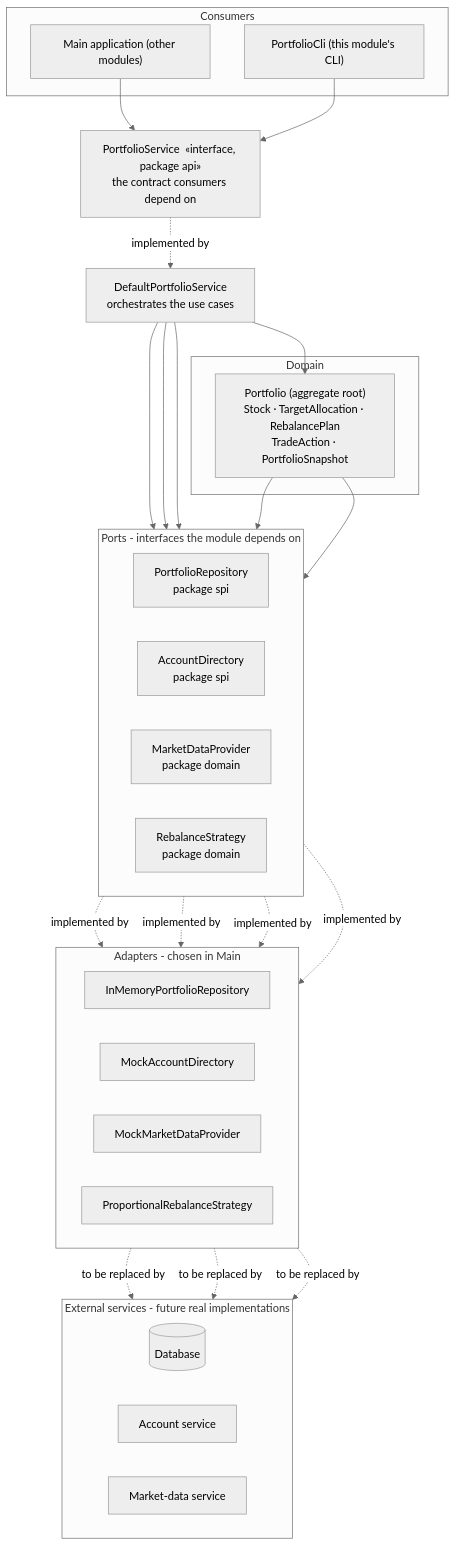
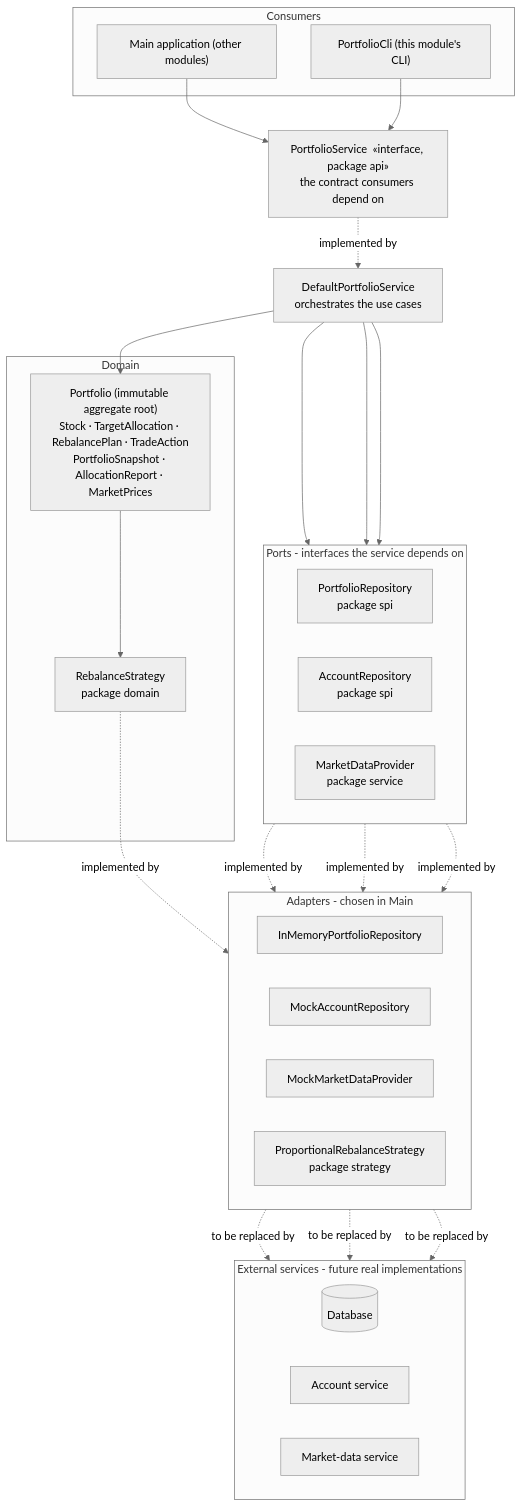
One commit to carlos-vegamu/PortfolioManagement changed the first of 5 diagrams in docs/ARCHITECTURE.md. Above: the diagram before and after it, drawn with Mermaid (neutral theme). The commit also changed other lines of this file and 33 other files, not shown here.

````diff
--- a/docs/ARCHITECTURE.md
+++ b/docs/ARCHITECTURE.md
@@ -22,56 +23,55 @@
 ```mermaid
 flowchart TB
     subgraph consumers["Consumers"]
         APP["Main application (other modules)"]
         CLI["PortfolioCli (this module's CLI)"]
     end
 
     API["PortfolioService  «interface, package api»<br/>the contract consumers depend on"]
     SVC["DefaultPortfolioService<br/>orchestrates the use cases"]
 
     subgraph domain["Domain"]
-        PF["Portfolio (aggregate root)<br/>Stock · TargetAllocation · RebalancePlan<br/>TradeAction · PortfolioSnapshot"]
+        PF["Portfolio (immutable aggregate root)<br/>Stock · TargetAllocation · RebalancePlan · TradeAction<br/>PortfolioSnapshot · AllocationReport · MarketPrices"]
+        RS["RebalanceStrategy<br/>package domain"]
     end
 
-    subgraph ports["Ports - interfaces the module depends on"]
+    subgraph ports["Ports - interfaces the service depends on"]
         direction LR
         REPO["PortfolioRepository<br/>package spi"]
-        ACC["AccountDirectory<br/>package spi"]
-        MDP["MarketDataProvider<br/>package domain"]
-        RS["RebalanceStrategy<br/>package domain"]
+        ACC["AccountRepository<br/>package spi"]
+        MDP["MarketDataProvider<br/>package service"]
     end
 
     subgraph adapters["Adapters - chosen in Main"]
         direction LR
         MEM["InMemoryPortfolioRepository"]
-        MOCKACC["MockAccountDirectory"]
+        MOCKACC["MockAccountRepository"]
         MOCKMKT["MockMarketDataProvider"]
-        PRS["ProportionalRebalanceStrategy"]
+        PRS["ProportionalRebalanceStrategy<br/>package strategy"]
     end
 
     subgraph external["External services - future real implementations"]
         direction LR
         DB[("Database")]
         ACCSVC["Account service"]
         MKTSVC["Market-data service"]
     end
 
     APP --> API
     CLI --> API
     API -.->|implemented by| SVC
     SVC --> PF
     SVC --> REPO
     SVC --> ACC
     SVC --> MDP
-    PF --> MDP
     PF --> RS
 
     REPO -.->|implemented by| MEM
     ACC -.->|implemented by| MOCKACC
     MDP -.->|implemented by| MOCKMKT
     RS -.->|implemented by| PRS
 
     MEM -.->|to be replaced by| DB
     MOCKACC -.->|to be replaced by| ACCSVC
     MOCKMKT -.->|to be replaced by| MKTSVC
 ```
````
